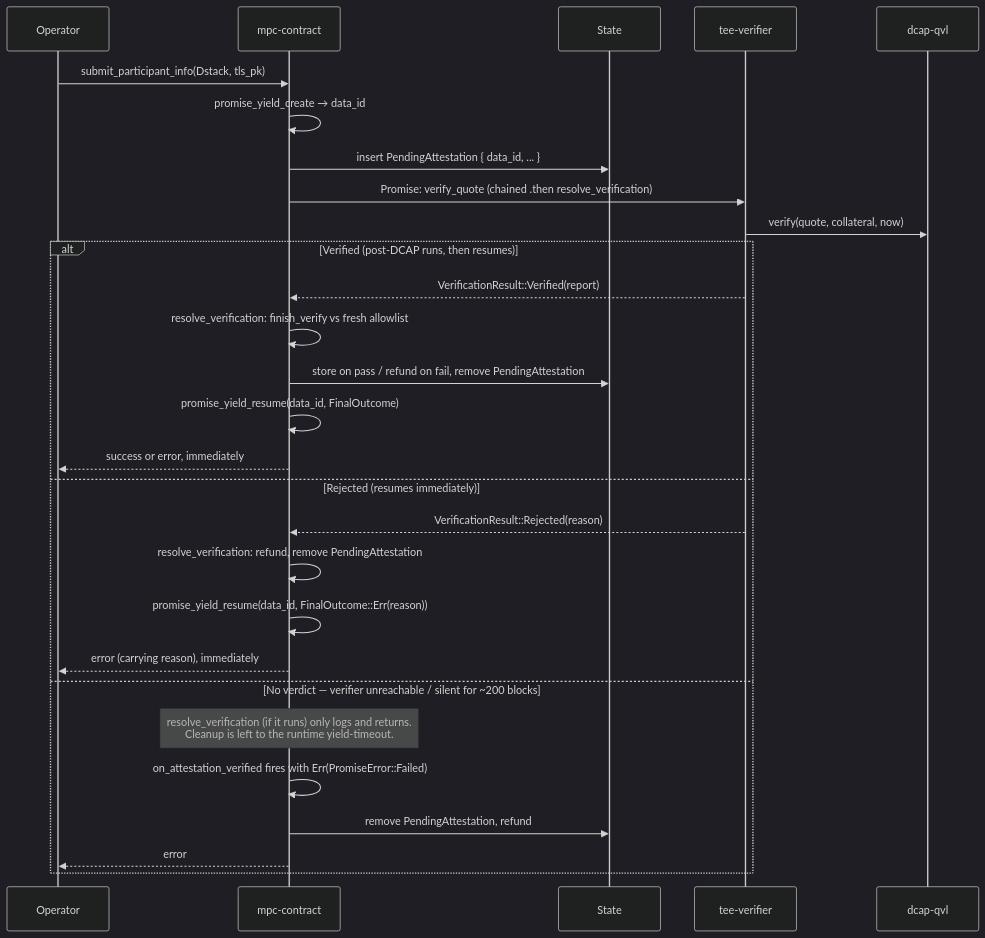
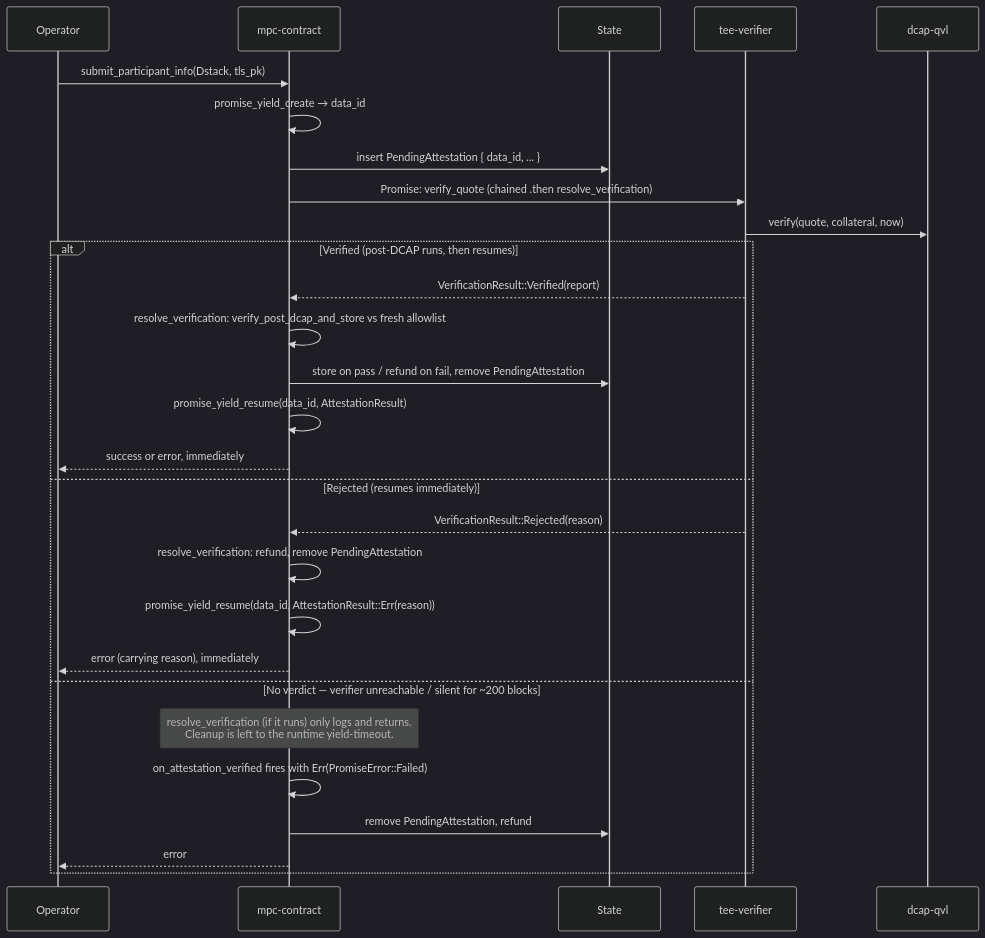
Before and after one commit to near/mpc: the third of 6 diagrams in docs/design/attestation-verifier-contract.md, drawn with Mermaid (dark theme). The commit also changed other lines of this file and 10 other files, not shown here.

````diff
--- a/docs/design/attestation-verifier-contract.md
+++ b/docs/design/attestation-verifier-contract.md
@@ -68,33 +68,33 @@
 ```mermaid
 sequenceDiagram
     participant Op as Operator
     participant MPC as mpc-contract
     participant State as State
     participant Ver as tee-verifier
     participant DCAP as dcap-qvl
 
     Op->>MPC: submit_participant_info(Dstack, tls_pk)
     MPC->>MPC: promise_yield_create → data_id
     MPC->>State: insert PendingAttestation { data_id, ... }
     MPC->>Ver: Promise: verify_quote (chained .then resolve_verification)
 
     Ver->>DCAP: verify(quote, collateral, now)
 
     alt Verified (post-DCAP runs, then resumes)
         Ver-->>MPC: VerificationResult::Verified(report)
-        MPC->>MPC: resolve_verification: finish_verify vs fresh allowlist
+        MPC->>MPC: resolve_verification: verify_post_dcap_and_store vs fresh allowlist
         MPC->>State: store on pass / refund on fail, remove PendingAttestation
-        MPC->>MPC: promise_yield_resume(data_id, FinalOutcome)
+        MPC->>MPC: promise_yield_resume(data_id, AttestationResult)
         MPC-->>Op: success or error, immediately
     else Rejected (resumes immediately)
         Ver-->>MPC: VerificationResult::Rejected(reason)
         MPC->>MPC: resolve_verification: refund, remove PendingAttestation
-        MPC->>MPC: promise_yield_resume(data_id, FinalOutcome::Err(reason))
+        MPC->>MPC: promise_yield_resume(data_id, AttestationResult::Err(reason))
         MPC-->>Op: error (carrying reason), immediately
     else No verdict — verifier unreachable / silent for ~200 blocks
         Note over MPC: resolve_verification (if it runs) only logs and returns.<br/>Cleanup is left to the runtime yield-timeout.
         MPC->>MPC: on_attestation_verified fires with Err(PromiseError::Failed)
         MPC->>State: remove PendingAttestation, refund
         MPC-->>Op: error
     end
 ```
````
